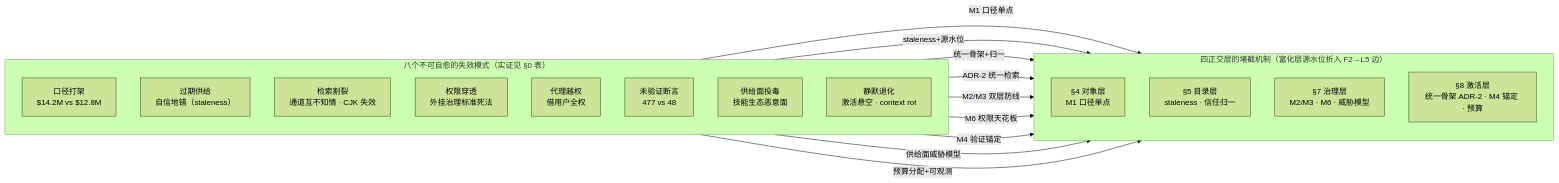
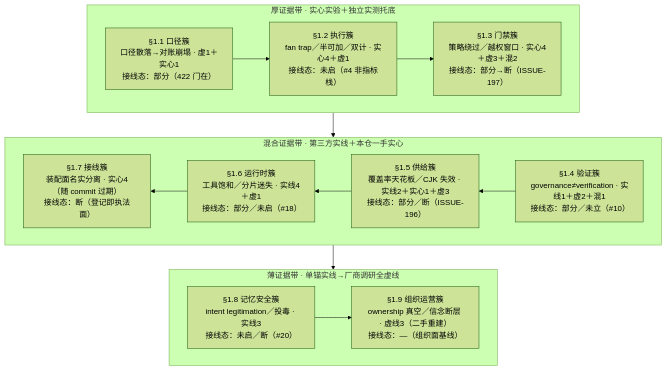
One commit to ThreeFish-AI/negentropy changed the diagram in docs/assets/mermaid/cognitive-context/context-layer--failure-map.mmd. Above: the diagram before and after it, drawn with Mermaid (forest theme). The commit also changed 79 other files, not shown here.

First line of the commit message:
assets(context-layer): 013 配图换代八图交付+三图退役注记+进化子系统注释改锚;

```diff
--- a/docs/assets/mermaid/cognitive-context/context-layer--failure-map.mmd
+++ b/docs/assets/mermaid/cognitive-context/context-layer--failure-map.mmd
@@ -1,32 +1,31 @@
-%%source: docs/research/cognitive-context/013-context-layer-blueprint.md §0 为什么需要：Agent 在自信地错（八失效模式 × 堵住它的层·机制）
+%%source: docs/research/cognitive-context/013-context-layer-blueprint.md §1 失效模式登记簿：九簇总账（九簇证据厚度与接线态总览）
 %%slug: cognitive-context/context-layer--failure-map
 %%type: architecture
-%%derived: archify architecture v1, authored fresh (左八失效右四层、映射边=验收面；§6 富化层的源水位刷新职责折入 F2→L5 边标签，故图内四层)
-flowchart LR
-    subgraph FAILS["八个不可自愈的失效模式（实证见 §0 表）"]
-        direction TB
-        F1["口径打架<br/>$14.2M vs $12.8M"]
-        F2["过期供给<br/>自信地错（staleness）"]
-        F3["检索割裂<br/>通道互不知情 · CJK 失效"]
-        F4["权限穿透<br/>外挂治理标准死法"]
-        F5["代理越权<br/>借用户全权"]
-        F6["未验证断言<br/>477 vs 48"]
-        F7["供给面投毒<br/>技能生态恶意面"]
-        F8["静默退化<br/>激活悬空 · context rot"]
+%%derived: archify architecture v2, authored fresh（v1 八失效×四层映射退役；新构型＝登记簿九簇蛇形主链穿过三条证据厚度带，簇节点标徽构成与接线态，as-of b2fbb51f5）
+flowchart TB
+    subgraph T1["厚证据带 · 实心实验＋独立实测托底"]
+        direction LR
+        C1["§1.1 口径簇<br/>口径散落→对账崩塌 · 虚1＋实心1<br/>接线态：部分（422 门在）"]
+        C2["§1.2 执行簇<br/>fan trap／半可加／双计 · 实心4＋虚1<br/>接线态：未启（#4 非指标栈）"]
+        C3["§1.3 门禁簇<br/>策略绕过／越权窗口 · 实心4＋虚3＋混2<br/>接线态：部分→断（ISSUE-197）"]
     end
-    subgraph LAYERS["四正交层的堵截机制（富化层源水位折入 F2→L5 边）"]
-        direction TB
-        L4["§4 对象层<br/>M1 口径单点"]
-        L5["§5 目录层<br/>staleness · 信任归一"]
-        L7["§7 治理层<br/>M2/M3 · M6 · 威胁模型"]
-        L8["§8 激活层<br/>统一骨架 ADR-2 · M4 锚定 · 预算"]
+    subgraph T2["混合证据带 · 第三方实线＋本仓一手实心"]
+        direction RL
+        C4["§1.4 验证簇<br/>governance≠verification · 实线1＋虚2＋混1<br/>接线态：部分／未立（#10）"]
+        C5["§1.5 供给簇<br/>覆盖率天花板／CJK 失效 · 实线2＋实心1＋虚3<br/>接线态：部分／断（ISSUE-196）"]
+        C6["§1.6 运行时簇<br/>工具饱和／分片迷失 · 实线4＋虚1<br/>接线态：部分／未启（#18）"]
+        C7["§1.7 接线簇<br/>装配面名实分离 · 实心4（随 commit 过期）<br/>接线态：断（登记即执法面）"]
     end
-    F1 -->|M1 口径单点| L4
-    F2 -->|staleness+源水位| L5
-    F3 -->|统一骨架+归一| L5
-    F3 -->|ADR-2 统一检索| L8
-    F4 -->|M2/M3 双层防线| L7
-    F5 -->|M6 权限天花板| L7
-    F6 -->|M4 验证锚定| L8
-    F7 -->|供给面威胁模型| L7
-    F8 -->|预算分配+可观测| L8
+    subgraph T3["薄证据带 · 单锚实线→厂商调研全虚线"]
+        direction LR
+        C8["§1.8 记忆安全簇<br/>intent legitimation／投毒 · 实线3<br/>接线态：未启／断（#20）"]
+        C9["§1.9 组织运营簇<br/>ownership 真空／信念断层 · 虚线3（二手重建）<br/>接线态：—（组织面基线）"]
+    end
+    C1 --> C2
+    C2 --> C3
+    C3 --> C4
+    C4 --> C5
+    C5 --> C6
+    C6 --> C7
+    C7 --> C8
+    C8 --> C9
```
